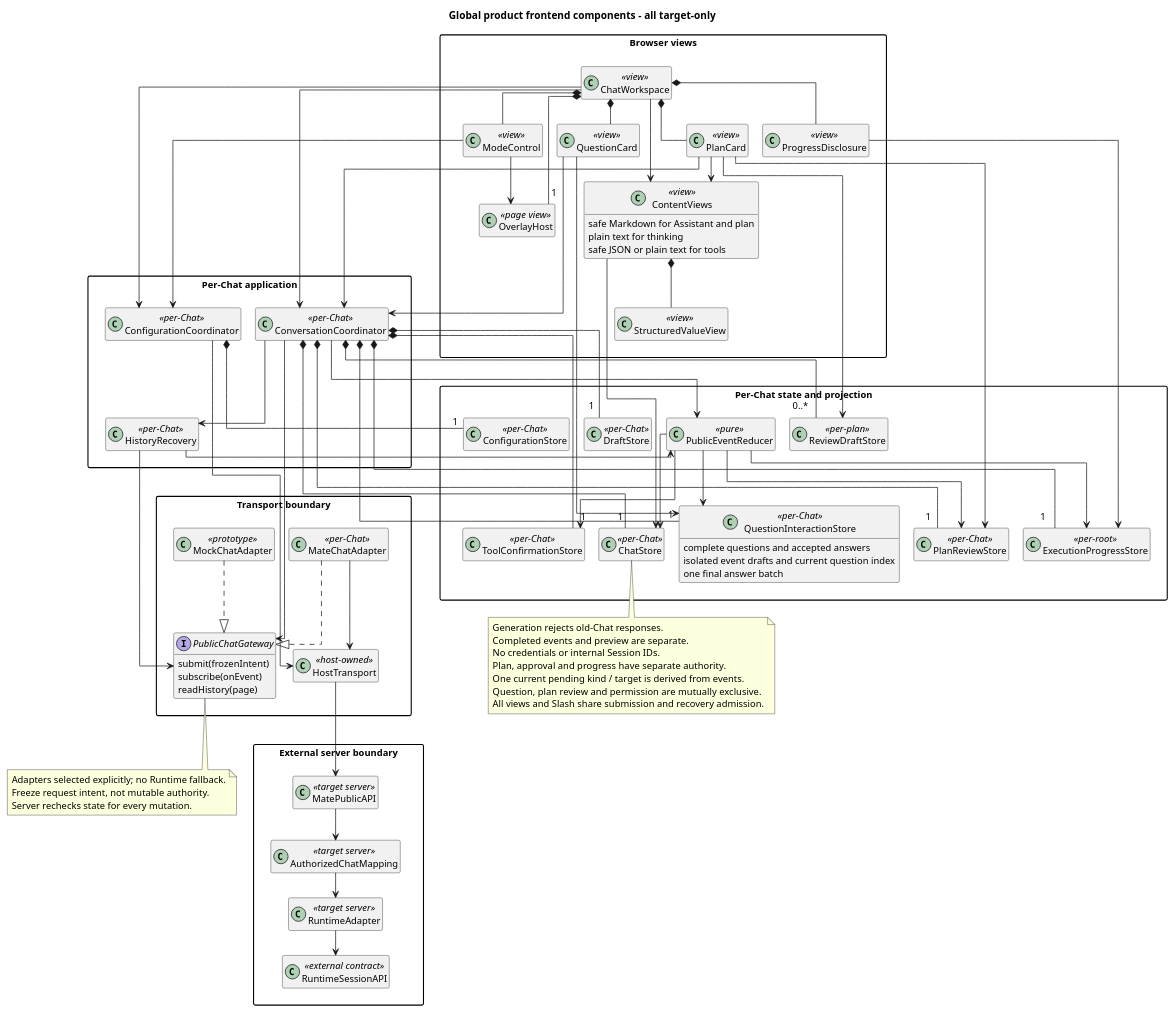
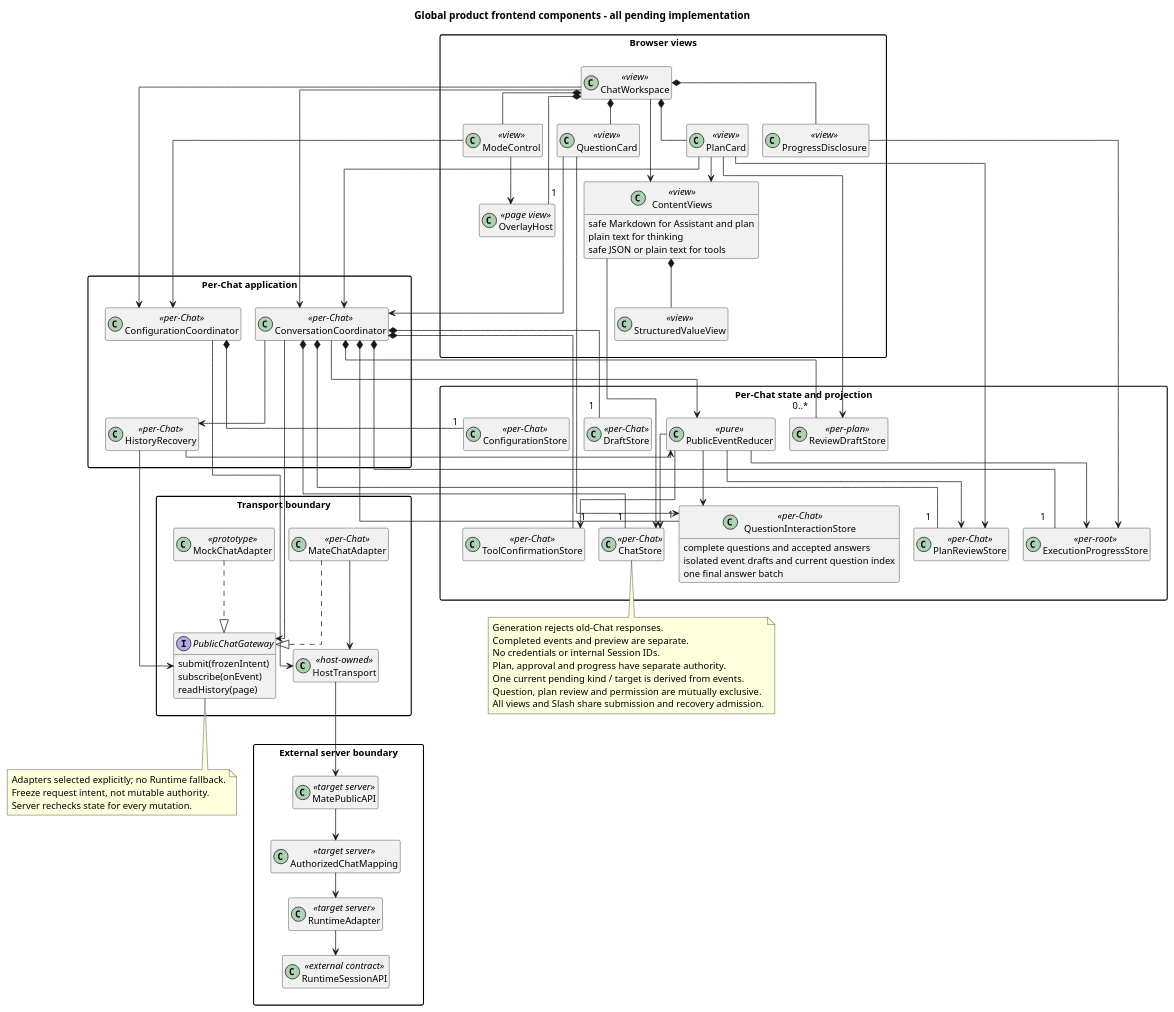
The fifth of 8 diagrams in 07-前端设计/技术设计/diagram.puml (ssm0808/pi-mono-java-design), drawn with PlantUML before and after one commit. The commit also changed other lines of this file and 182 other files, not shown here.

```diff
--- a/07-前端设计/技术设计/diagram.puml
+++ b/07-前端设计/技术设计/diagram.puml
@@ -210,143 +210,143 @@
 @startuml target_frontend_components
 top to bottom direction
 skinparam backgroundColor white
 skinparam shadowing false
 skinparam defaultFontName SansSerif
 skinparam defaultFontSize 13
 skinparam classAttributeIconSize 0
 skinparam packageStyle rectangle
 skinparam nodesep 20
 skinparam ranksep 35
 skinparam linetype ortho
 hide empty members
 ' Source baseline: pi-mono-java 9f785bea3ffff8f6566cd1b2727285af46a2aead. Thinking-only evidence: 4cc8dd86 frontend/src/components/ThinkingDisclosure.vue template; target displays original model reasoning.
 ' Source evidence: frontend/src/App.vue submit; frontend/src/composables/useRuntimeApi.ts loadHistory, request.
 ' Source evidence: frontend/src/projectors/runtimeEventProjector.ts projectRuntimeEvents; frontend/src/types/product.ts.
 ' Source evidence: frontend/src/runtime/eventStore.ts executionState, reconcileEvents; types/runtime.ts RuntimeEvent.
 ' Observed behavior: PlanCard, QuestionCard, ProgressDisclosure, mode and Slash exist in this development commit.
 ' Source: frontend/src/components/PlanCard.vue; ProgressDisclosure.vue; composables/useCommandComposer.ts.
 ' Public integration target: complete question events, exact answers and a shared pending-interaction gate.
 ' Codex d58d0e58: codex-rs/tui/src/chatwidget/plan_implementation.rs selection_view_params.
 ' Java divergence: exact proposal approval resumes the original execution, not a new user message.
-' Target-only architecture: every class and relationship below is a product integration target.
+' Pending implementation architecture: every class and relationship below is a product integration target.
 ' Source delta: pi-mono-java 1d08f98e frontend/src/components/QuestionCard.vue; runtimeEventProjector.ts.
 ' Observed behavior: all questions render together; AskUserQuestion also renders as a generic activity.
-' Target-only UI: one visible question, grouped question activity, safe JSON viewer and root overlay.
+' Pending implementation UI: one visible question, grouped question activity, safe JSON viewer and root overlay.
 ' Design reason: isolate protocol and host identity, use per-Chat state, and make recovery read-only.
-title Global product frontend components - all target-only
+title Global product frontend components - all pending implementation
 package "Browser views" as Views {
   class ChatWorkspace <<view>>
   class PlanCard <<view>>
   class QuestionCard <<view>>
   class ModeControl <<view>>
   class OverlayHost <<page view>>
   class StructuredValueView <<view>>
   class ProgressDisclosure <<view>>
   class ContentViews <<view>> {
     safe Markdown for Assistant and plan
     plain text for thinking
     safe JSON or plain text for tools
   }
 }
 package "Per-Chat application" as Application {
   class ConversationCoordinator <<per-Chat>>
   class HistoryRecovery <<per-Chat>>
   class ConfigurationCoordinator <<per-Chat>>
 }
 package "Per-Chat state and projection" as State {
   class ChatStore <<per-Chat>>
   class DraftStore <<per-Chat>>
   class ToolConfirmationStore <<per-Chat>>
   class ConfigurationStore <<per-Chat>>
   class PlanReviewStore <<per-Chat>>
   class QuestionInteractionStore <<per-Chat>> {
     complete questions and accepted answers
     isolated event drafts and current question index
     one final answer batch
   }
   class ReviewDraftStore <<per-plan>>
   class ExecutionProgressStore <<per-root>>
   class PublicEventReducer <<pure>>
 }
 package "Transport boundary" as Transport {
   interface PublicChatGateway {
     submit(frozenIntent)
     subscribe(onEvent)
     readHistory(page)
   }
   class MateChatAdapter <<per-Chat>>
   class MockChatAdapter <<prototype>>
   class HostTransport <<host-owned>>
 }
 package "External server boundary" as External {
   class MatePublicAPI <<target server>>
   class AuthorizedChatMapping <<target server>>
   class RuntimeAdapter <<target server>>
   class RuntimeSessionAPI <<external contract>>
 }
 ChatWorkspace -down-> ConversationCoordinator
 ChatWorkspace -down-> ConfigurationCoordinator
 ChatWorkspace --> ContentViews
 ChatWorkspace *-down- PlanCard
 ChatWorkspace *-down- QuestionCard
 QuestionCard -down-> ConversationCoordinator
 QuestionCard --> QuestionInteractionStore
 ChatWorkspace *-down- ModeControl
 ChatWorkspace *-- "1" OverlayHost
 ModeControl --> OverlayHost
 ContentViews *-- StructuredValueView
 ChatWorkspace *-down- ProgressDisclosure
 PlanCard --> ContentViews
 PlanCard -down-> ConversationCoordinator
 PlanCard --> PlanReviewStore
 PlanCard --> ReviewDraftStore
 ModeControl -down-> ConfigurationCoordinator
 ProgressDisclosure --> ExecutionProgressStore
 ConversationCoordinator *-down- "1" DraftStore
 ConversationCoordinator *-down- "1" ToolConfirmationStore
 ConversationCoordinator *-down- "1" ChatStore
 ConversationCoordinator *-down- "1" PlanReviewStore
 ConversationCoordinator *-down- "1" QuestionInteractionStore
 ConversationCoordinator *-down- "1" ExecutionProgressStore
 ConversationCoordinator *-down- "0..*" ReviewDraftStore
 ConversationCoordinator --> PublicChatGateway
 ConversationCoordinator -down-> HistoryRecovery
 HistoryRecovery --> PublicChatGateway
 HistoryRecovery --> PublicEventReducer
 ConversationCoordinator -down-> PublicEventReducer
 PublicEventReducer -down-> ChatStore
 PublicEventReducer -down-> ToolConfirmationStore
 PublicEventReducer -down-> PlanReviewStore
 PublicEventReducer -down-> QuestionInteractionStore
 PublicEventReducer -down-> ExecutionProgressStore
 ContentViews --> ChatStore
 ConfigurationCoordinator *-down- "1" ConfigurationStore
 ConfigurationCoordinator --> HostTransport
 MateChatAdapter ..|> PublicChatGateway
 MockChatAdapter ..|> PublicChatGateway
 MateChatAdapter --> HostTransport
 HostTransport --> MatePublicAPI
 MatePublicAPI --> AuthorizedChatMapping
 AuthorizedChatMapping --> RuntimeAdapter
 RuntimeAdapter --> RuntimeSessionAPI
 note bottom of PublicChatGateway
 Adapters selected explicitly; no Runtime fallback.
 Freeze request intent, not mutable authority.
 Server rechecks state for every mutation.
 end note
 note bottom of ChatStore
 Generation rejects old-Chat responses.
 Completed events and preview are separate.
 No credentials or internal Session IDs.
 Plan, approval and progress have separate authority.
 One current pending kind / target is derived from events.
 Question, plan review and permission are mutually exclusive.
 All views and Slash share submission and recovery admission.
 end note
 ContentViews -[hidden]down-> ConversationCoordinator
 ContentViews -[hidden]down-> ConfigurationCoordinator
 Views -[hidden]down-> Application
 Application -[hidden]down-> State
 State -[hidden]down-> Transport
 Transport -[hidden]down-> External
 @enduml
```
